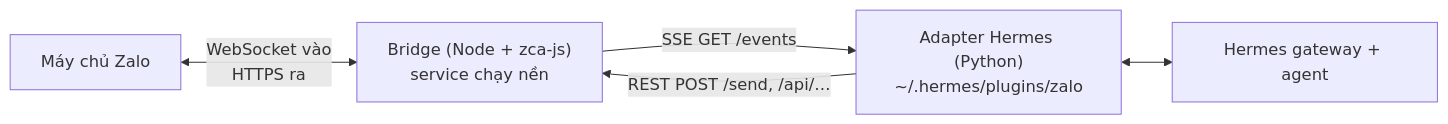
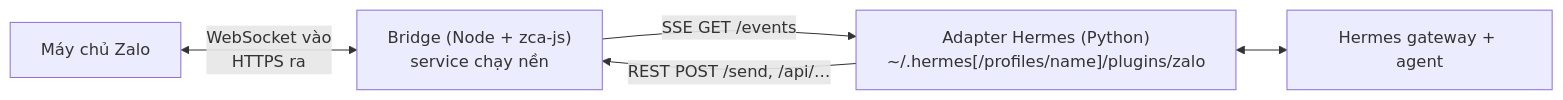
One commit to pdt590/chatbot-personal-zalo-hermes changed the diagram in README.vi.md. Above: the diagram before and after it, drawn with Mermaid. The commit also changed other lines of this file and 30 other files, not shown here.

````diff
--- a/README.vi.md
+++ b/README.vi.md
@@ -68,7 +308,7 @@
 ```mermaid
 flowchart LR
   Z[Máy chủ Zalo] <-- "WebSocket vào<br/>HTTPS ra" --> B["Bridge (Node + zca-js)<br/>service chạy nền"]
-  B -- "SSE  GET /events" --> A["Adapter Hermes (Python)<br/>~/.hermes/plugins/zalo"]
+  B -- "SSE  GET /events" --> A["Adapter Hermes (Python)<br/>~/.hermes[/profiles/name]/plugins/zalo"]
   A -- "REST  POST /send, /api/…" --> B
   A <--> H[Hermes gateway + agent]
 ```
````
